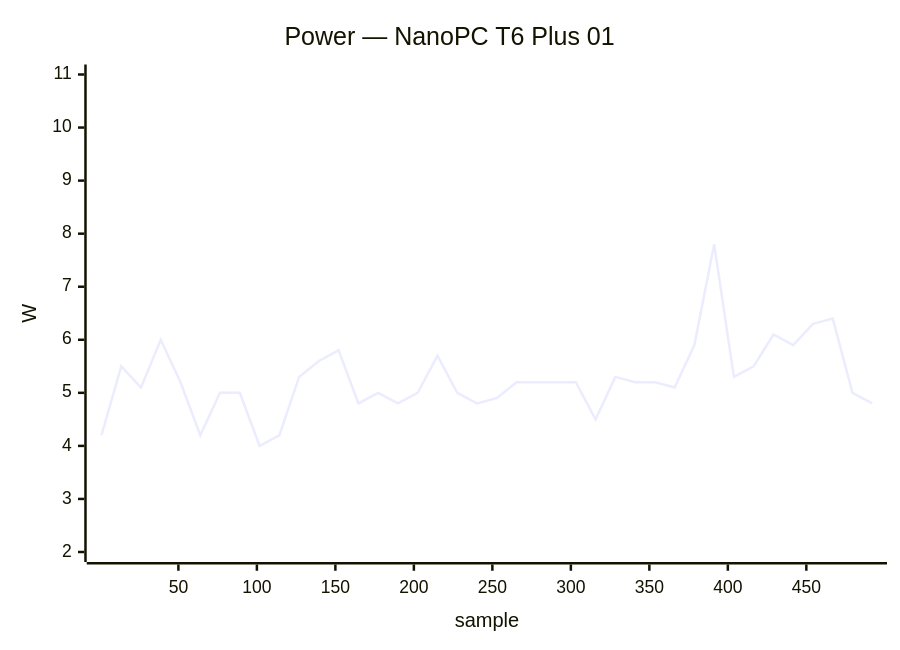
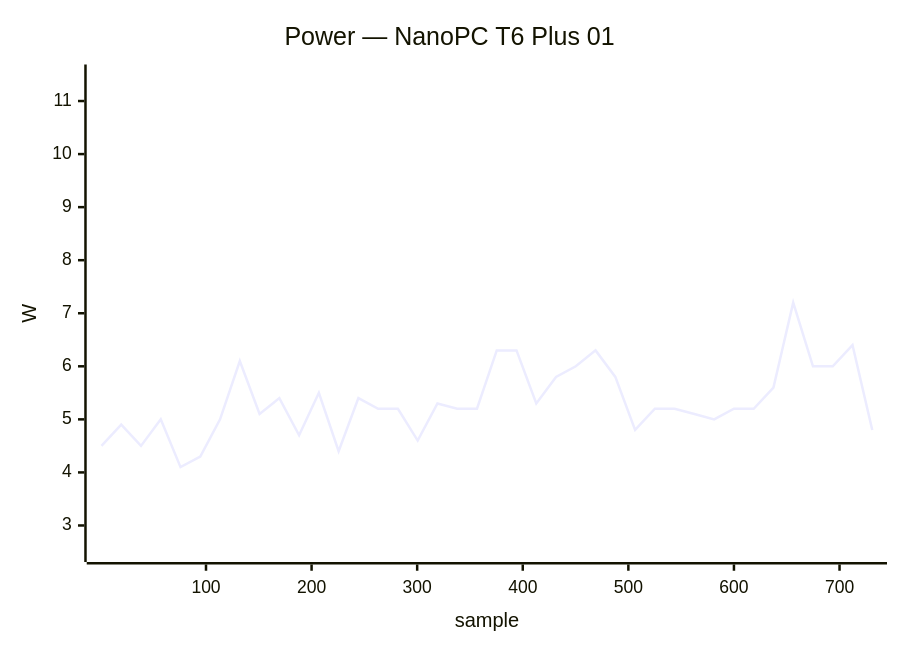
Before and after one commit to armbian/documentation: diagram 20 of 50 in docs/status/board-tests.md, drawn with Mermaid. The commit also changed other lines of this file, not shown here.

````diff
--- a/docs/status/board-tests.md
+++ b/docs/status/board-tests.md
@@ -778,7 +1072,7 @@
 ```mermaid
 xychart-beta
     title "Power — NanoPC T6 Plus 01"
-    x-axis "sample" 1 --> 492
-    y-axis "W" 2.0 --> 11.0
-    line [4.2, 5.5, 5.1, 6.0, 5.2, 4.2, 5.0, 5.0, 4.0, 4.2, 5.3, 5.6, 5.8, 4.8, 5.0, 4.8, 5.0, 5.7, 5.0, 4.8, 4.9, 5.2, 5.2, 5.2, 5.2, 4.5, 5.3, 5.2, 5.2, 5.1, 5.9, 7.8, 5.3, 5.5, 6.1, 5.9, 6.3, 6.4, 5.0, 4.8]
+    x-axis "sample" 1 --> 731
+    y-axis "W" 2.5 --> 11.5
+    line [4.5, 4.9, 4.5, 5.0, 4.1, 4.3, 5.0, 6.1, 5.1, 5.4, 4.7, 5.5, 4.4, 5.4, 5.2, 5.2, 4.6, 5.3, 5.2, 5.2, 6.3, 6.3, 5.3, 5.8, 6.0, 6.3, 5.8, 4.8, 5.2, 5.2, 5.1, 5.0, 5.2, 5.2, 5.6, 7.2, 6.0, 6.0, 6.4, 4.8]
 ```
````
